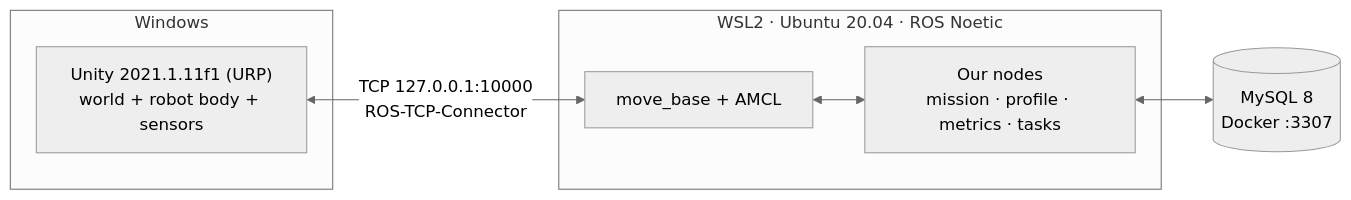
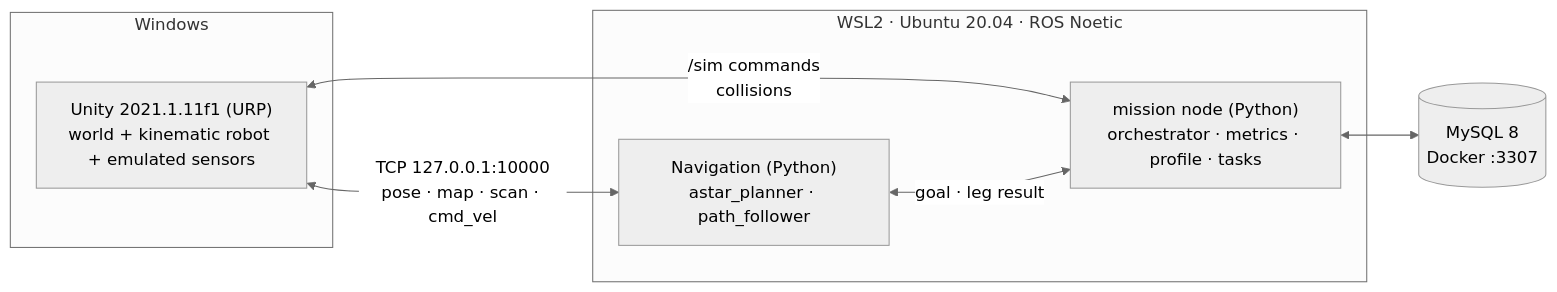
The diagram in README.md (HoNguyen17/Mobile_Robo_SuppliesChain), drawn with Mermaid (neutral theme) before and after one commit. The commit also changed other lines of this file and 1 other file, not shown here.

````diff
--- a/README.md
+++ b/README.md
@@ -10,15 +10,16 @@
 ```mermaid
 flowchart LR
     subgraph WIN["Windows"]
-        UNITY["Unity 2021.1.11f1 (URP)<br/>world + robot body + sensors"]
+        UNITY["Unity 2021.1.11f1 (URP)<br/>world + kinematic robot + emulated sensors"]
     end
     subgraph WSL["WSL2 · Ubuntu 20.04 · ROS Noetic"]
-        NAV["move_base + AMCL"]
-        APP["Our nodes<br/>mission · profile · metrics · tasks"]
+        NAV["Navigation (Python)<br/>astar_planner · path_follower"]
+        APP["mission node (Python)<br/>orchestrator · metrics · profile · tasks"]
     end
     DB[("MySQL 8<br/>Docker :3307")]
 
-    UNITY <-->|"TCP 127.0.0.1:10000<br/>ROS-TCP-Connector"| NAV
-    NAV <--> APP
+    UNITY <-->|"TCP 127.0.0.1:10000<br/>pose · map · scan · cmd_vel"| NAV
+    UNITY <-->|"/sim commands<br/>collisions"| APP
+    NAV <-->|"goal · leg result"| APP
     APP <--> DB
 ```
````
